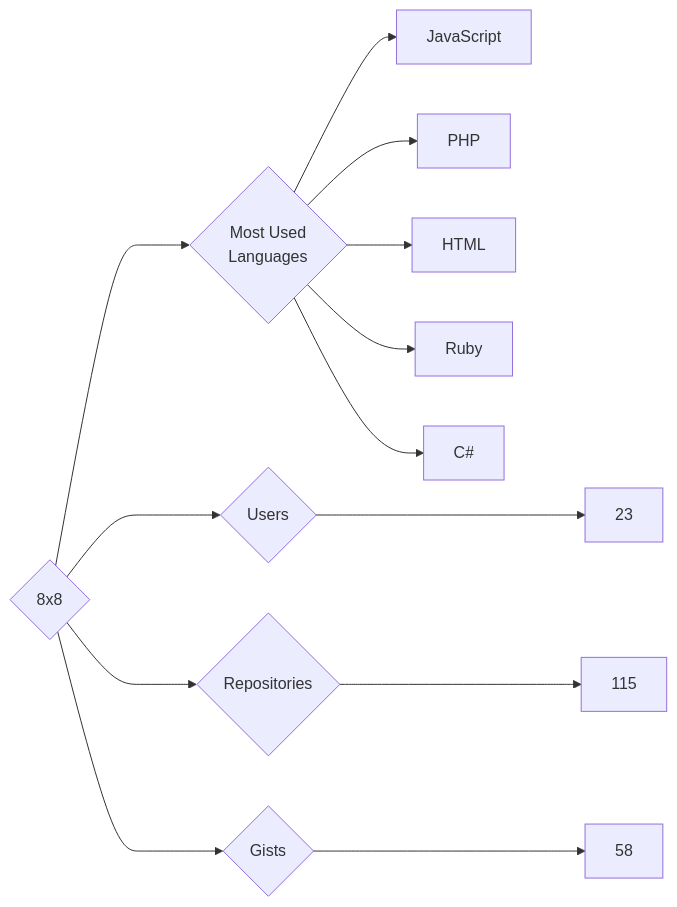
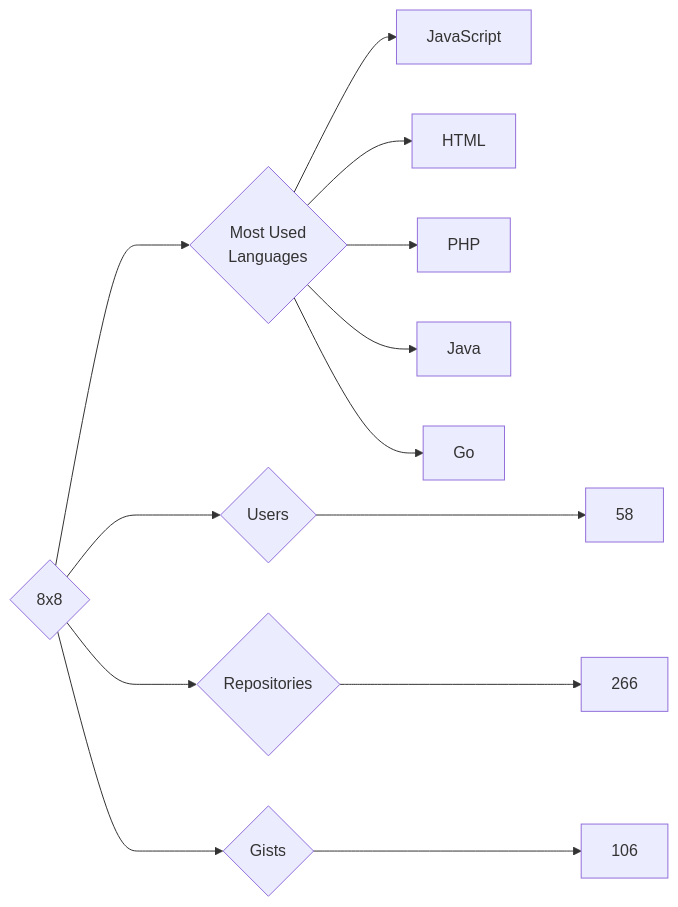
The diagram in targets/8x8/README.md (trickest/insiders), drawn with Mermaid before and after one commit. The commit also changed 681 other files, not shown here.

````diff
--- a/targets/8x8/README.md
+++ b/targets/8x8/README.md
@@ -3,13 +3,13 @@
 ```mermaid
 graph LR
 COMPANY_NAME{8x8}
-COMPANY_NAME ---> U{Users} ---> UN[23]
-COMPANY_NAME ---> R{Repositories} ---> RN[115]
-COMPANY_NAME ---> G{Gists} ---> GN[58]
+COMPANY_NAME ---> U{Users} ---> UN[58]
+COMPANY_NAME ---> R{Repositories} ---> RN[266]
+COMPANY_NAME ---> G{Gists} ---> GN[106]
 COMPANY_NAME ---> ML{Most Used<br>Languages}
 ML --> JavaScript[JavaScript]
+ML --> HTML[HTML]
 ML --> PHP[PHP]
-ML --> HTML[HTML]
-ML --> Ruby[Ruby]
-ML --> C#[C#]
+ML --> Java[Java]
+ML --> Go[Go]
 ```
````
